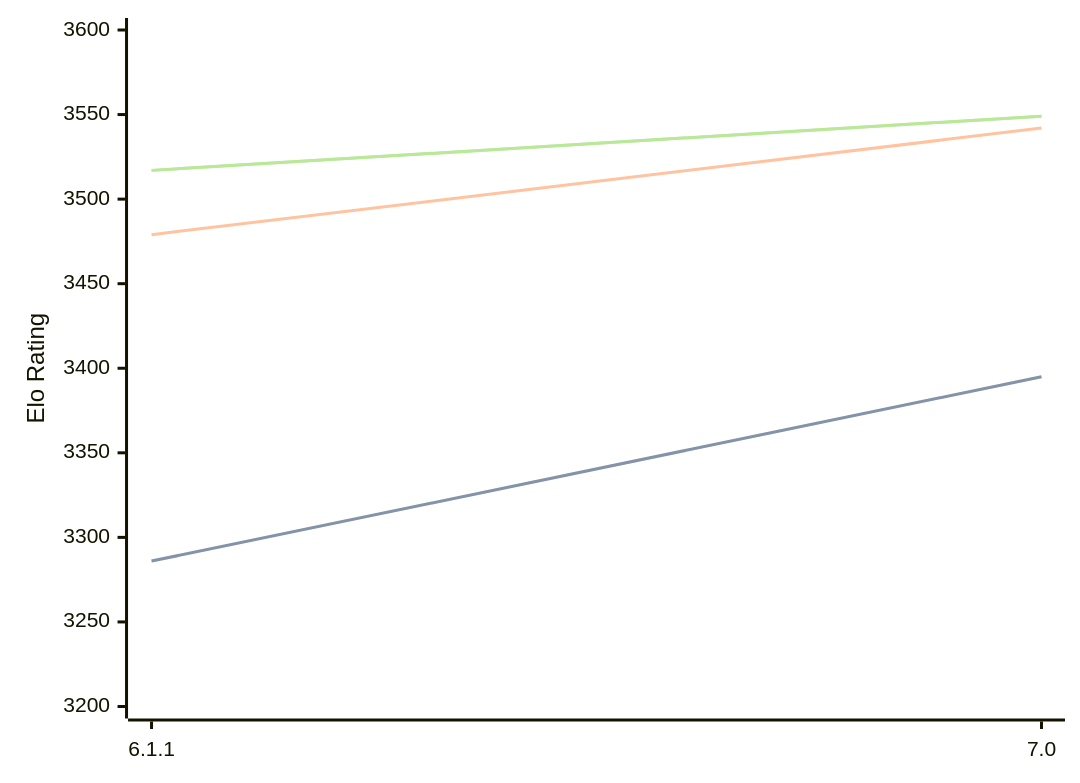
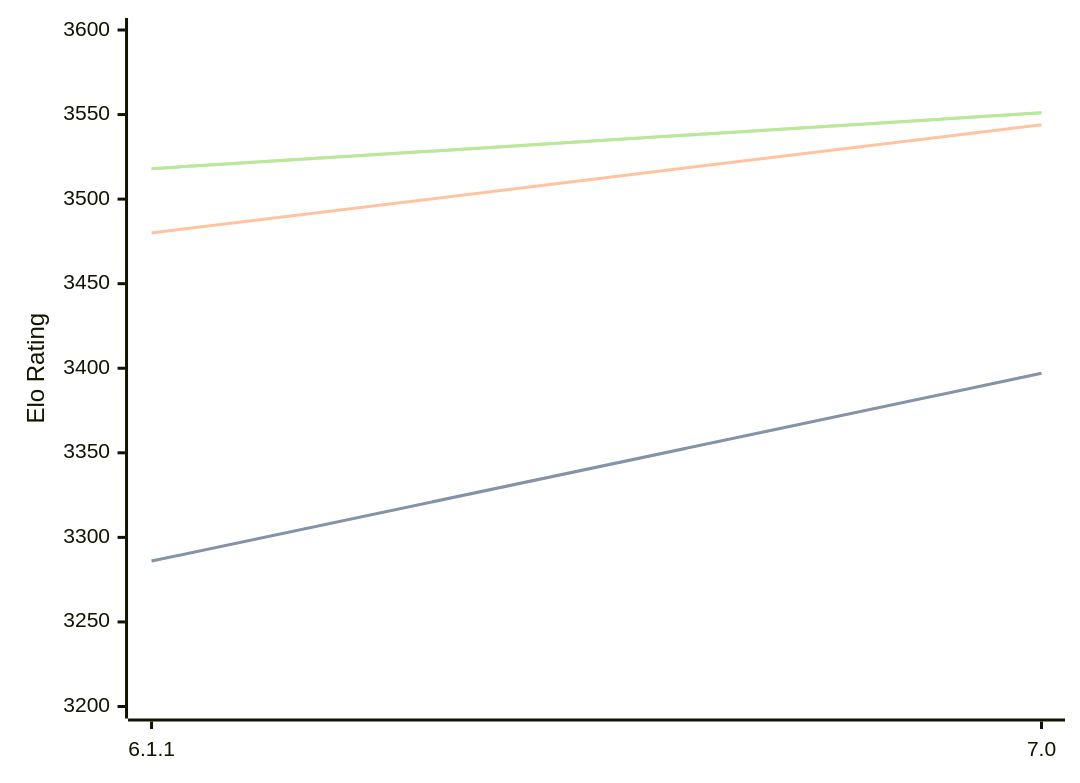
Before and after one commit to computer-chess-index/cci: the diagram in engines/Astra.md, drawn with Mermaid. The commit also changed other lines of this file, not shown here.

Commit message:
Update CCI Ratings (ELO VLTC) - 2026-09-13

````diff
--- a/engines/Astra.md
+++ b/engines/Astra.md
@@ -32,11 +32,11 @@
 ```mermaid
 %%{init: {"theme":"base","themeVariables":{"seriesColors:['#a3a3a3','#222221','#faa371']}}}%%
 xychart-beta
   x-axis ["6.1.1", "7.0"]
   y-axis "Elo Rating" 3200 --> 3600
-  line "" [3286, 3395]
-  line "STC (8.0+0.08s)" [3286, 3395]
-  line "LTC (60.0+0.60s)" [3479, 3542]
-  line "" [3517, 3549]
-  line "VLTC (2m24s+1.12s)" [3517, 3549]
+  line "" [3286, 3397]
+  line "STC (8.0+0.08s)" [3286, 3397]
+  line "LTC (60.0+0.60s)" [3480, 3544]
+  line "" [3518, 3551]
+  line "VLTC (2m24s+1.12s)" [3518, 3551]
 ```
````
